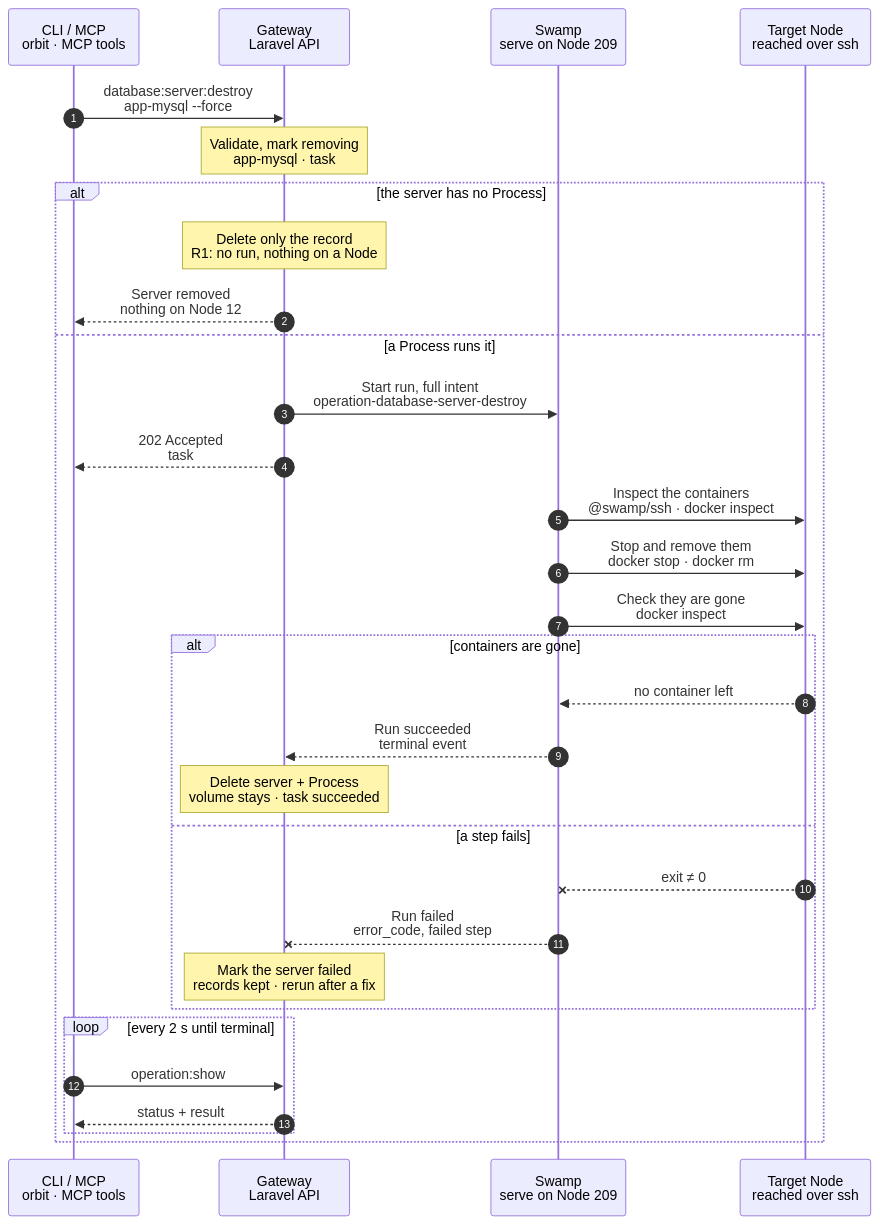
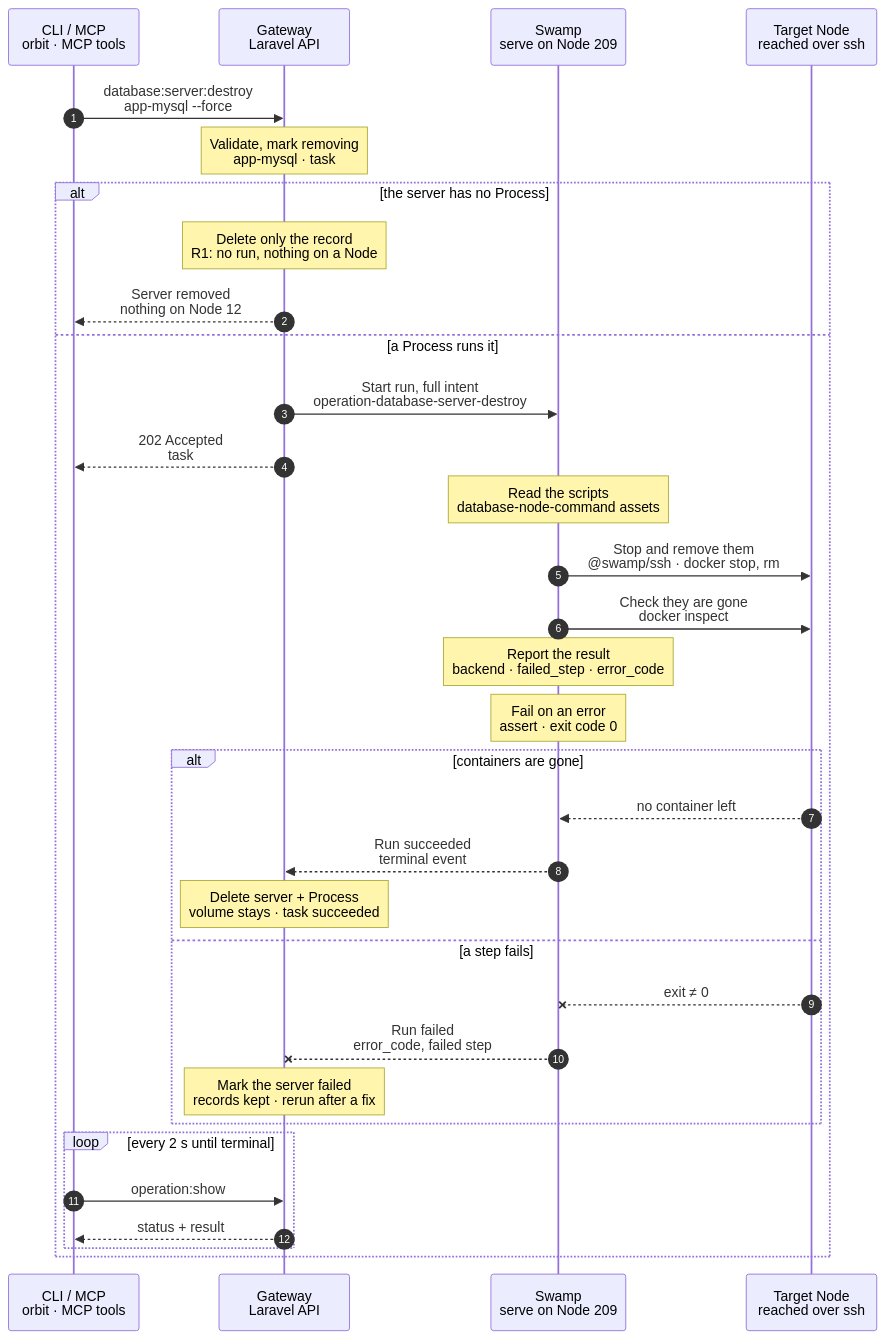
Before and after one commit to hardimpactdev/orbit: the diagram in docs/flows/database_server.destroy.mmd, drawn with Mermaid. The commit also changed 22 other files, not shown here.

First line of the commit message:
feat(databases): database:server:destroy in its tightened chart's phases from 209; no-Process removal starts no run

```diff
--- a/docs/flows/database_server.destroy.mmd
+++ b/docs/flows/database_server.destroy.mmd
@@ -1,108 +1,115 @@
 sequenceDiagram
   %% Target design: ADR 0244 task, single-swamp-node, DECISIONS R1 (record-only change starts no run), R2, R4. Same shape as tool.remove.
   %% status: draft
   %% command: database:server:destroy
   autonumber
   %% lane CLI icon=terminal pill=caller tone=gray
   %% lane GW icon=gateway pill=intent tone=blue
   %% lane SW icon=workflow pill=executes tone=green
   %% lane N icon=server pill=target tone=amber
   participant CLI as CLI / MCP<br/>orbit · MCP tools
   participant GW as Gateway<br/>Laravel API
   participant SW as Swamp<br/>serve on Node 209
   participant N as Target Node<br/>reached over ssh
   CLI->>GW: database:server:destroy<br/>app-mysql --force
   %%> Command:
   %%> - `orbit database:server:destroy app-mysql --force`
   %%> - syntax: `<slug> [--force] [--idempotency-key=KEY] [--json]`
   %%> Input:
   %%> - the slug of the Database server as the argument
   %%> Confirmation:
   %%> - without `--force`, the CLI asks first; the default is No
   %%> - a JSON or non-interactive call without `--force` returns `database.confirmation_required`
   Note over GW: Validate, mark removing<br/>app-mysql · task #5160
   %%> Requirements:
   %%> - your Node has an access grant to Node 12, which runs app-mysql
   %%> - no Database connection points to app-mysql (`database.server_in_use`)
   %%> - no database create, user change or other task runs on app-mysql (`database.server_busy`)
   %%> What it does:
   %%> - takes the lock for app-mysql and marks it removing, so new databases on it are refused
   %%> Result:
   %%> - task #5160 recorded with the full intent
   alt the server has no Process
     Note over GW: Delete only the record<br/>R1: no run, nothing on a Node
     %%> When:
     %%> - a create failed before it recorded the Process
     %%> Result:
     %%> - the Database server record is deleted; task #5160 succeeds at once
     GW-->>CLI: Server removed<br/>nothing on Node 12
     %%> What you get:
     %%> - the result at once; there is nothing to follow
   else a Process runs it
     GW->>SW: Start run, full intent<br/>operation-database-server-destroy
     %%> What it does:
     %%> - starts one Swamp run on serve (Node 209)
     %%> Inputs:
     %%> - the Process and its container names, including the candidate and original names a create can leave
     %%> - Node 12's address and SSH host keys; the SSH identity comes from the `swamp` role
     %%> Not included:
     %%> - credentials; removal needs no database login
     GW-->>CLI: 202 Accepted<br/>task #5160
     %%> What you get:
     %%> - the task number, at once
     %%> Next:
     %%> - the CLI follows the task with `operation:show`
-    SW->>N: Inspect the containers<br/>@swamp/ssh · docker inspect
+    Note over SW: Read the scripts<br/>database-node-command assets
+    %%> What it does:
+    %%> - reads the shipped phase script on 209, to send it over SSH in argv
+    SW->>N: Stop and remove them<br/>@swamp/ssh · docker stop, rm
     %%> How:
     %%> - Swamp reaches Node 12 over SSH from 209 with the official `@swamp/ssh` behavior
     %%> What it does:
-    %%> - checks every container name of the Process before it changes anything
-    %%> - a container that is already gone counts as removed
-    SW->>N: Stop and remove them<br/>docker stop · docker rm
-    %%> What it does:
-    %%> - stops and removes each container that is present
+    %%> - lists every container of the Process by its `orbit.process.id` label, including slots left by older creates
+    %%> - refuses a container with the server's name that belongs to another Process, before it changes anything
+    %%> - stops and removes each container that is present; one that is already gone counts as removed
     %%> Not removed:
     %%> - the volume `orbit-app-mysql-data`, so the data survives
     SW->>N: Check they are gone<br/>docker inspect
     %%> What it does:
     %%> - checks no container of the Process is left
+    Note over SW: Report the result<br/>backend · failed_step · error_code
+    %%> What it does:
+    %%> - maps the first failed step to its error code, for example `database.server_remove_failed`
+    Note over SW: Fail on an error<br/>assert · exit code 0
+    %%> What it does:
+    %%> - fails the run when the report holds an `error_code`, so the task fails with that code
     alt containers are gone
       N-->>SW: no container left
       %%> Returns:
       %%> - the check passed for every container name
       SW-->>GW: Run succeeded<br/>terminal event
       %%> How the Gateway learns it:
       %%> - its shared run reader sees the terminal event; Swamp never calls the Gateway
       Note over GW: Delete server + Process<br/>volume stays · task succeeded
       %%> Result:
       %%> - the Database server and Process records are deleted
       %%> - task #5160 succeeds
       %%> On the Node:
       %%> - the volume `orbit-app-mysql-data` stays; remove it by hand when its data must go
       %%> - a new server with the same slug finds the old volume
     else a step fails
       N--xSW: exit ≠ 0
       %%> When:
       %%> - SSH fails, or Docker refuses to stop or remove a container
       SW--xGW: Run failed<br/>error_code, failed step
       %%> The Gateway reads:
       %%> - which step failed and its error code
       Note over GW: Mark the server failed<br/>records kept · rerun after a fix
       %%> Result:
       %%> - Database server app-mysql and its Process stay recorded, marked failed
       %%> - task #5160 fails
       %%> On the Node:
       %%> - containers removed before the failure stay removed; there is no rollback
       %%> - that is safe: a rerun inspects again and skips containers that are gone
       %%> Retry:
       %%> - run the same command again after fixing the cause; it is a new task
     end
     loop every 2 s until terminal
       CLI->>GW: operation:show #5160
       %%> What it does:
       %%> - asks for the task's status every 2 seconds until it has ended
       GW-->>CLI: status + result
       %%> Returns:
       %%> - the current status, and the result once the task has ended
     end
   end
```
